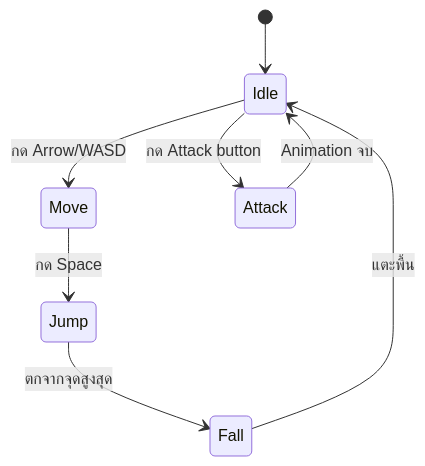
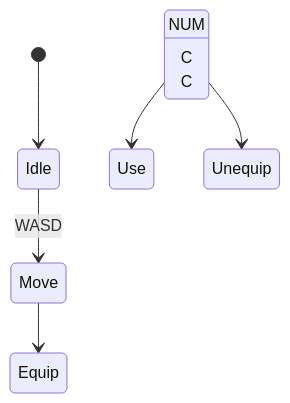
The diagram in docs/gdd/03-mechanics.md (Supakorn-p/untitled-game), drawn with Mermaid before and after one commit. The commit also changed other lines of this file, not shown here.

Commit message:
mechanics

````diff
--- a/docs/gdd/03-mechanics.md
+++ b/docs/gdd/03-mechanics.md
@@ -11,10 +11,9 @@
 ```mermaid
 stateDiagram-v2
     [*] --> Idle
-    Idle --> Move : กด Arrow/WASD
-    Move --> Jump : กด Space
-    Jump --> Fall : ตกจากจุดสูงสุด
-    Fall --> Idle : แตะพื้น
-    Idle --> Attack : กด Attack button
-    Attack --> Idle : Animation จบ
+    Idle --> Move : WASD
+    Move --> Equip Item : NUM
+    Equip Item --> Use Item : C
+    Use Item --> Unequip Item : C
+
 ```
````
